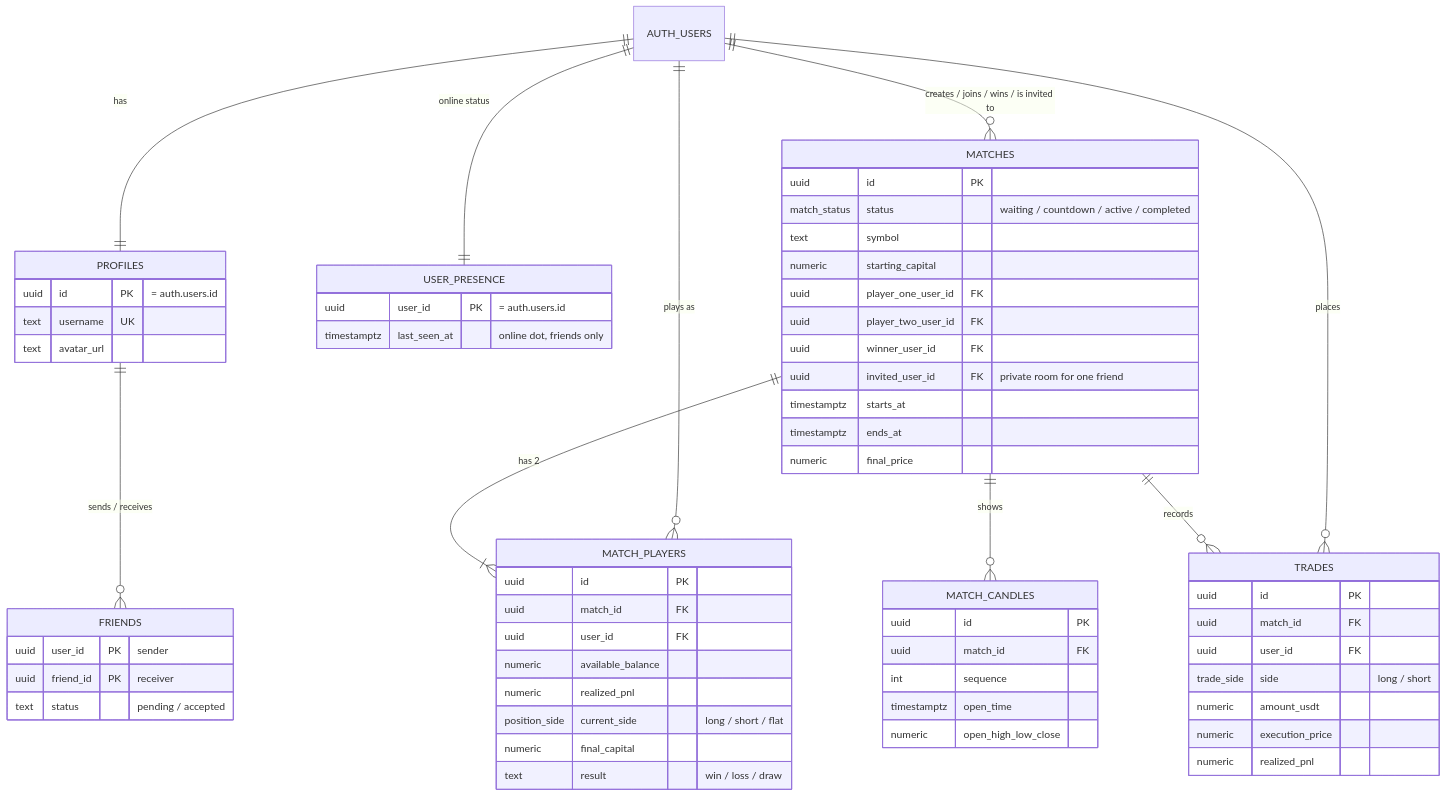
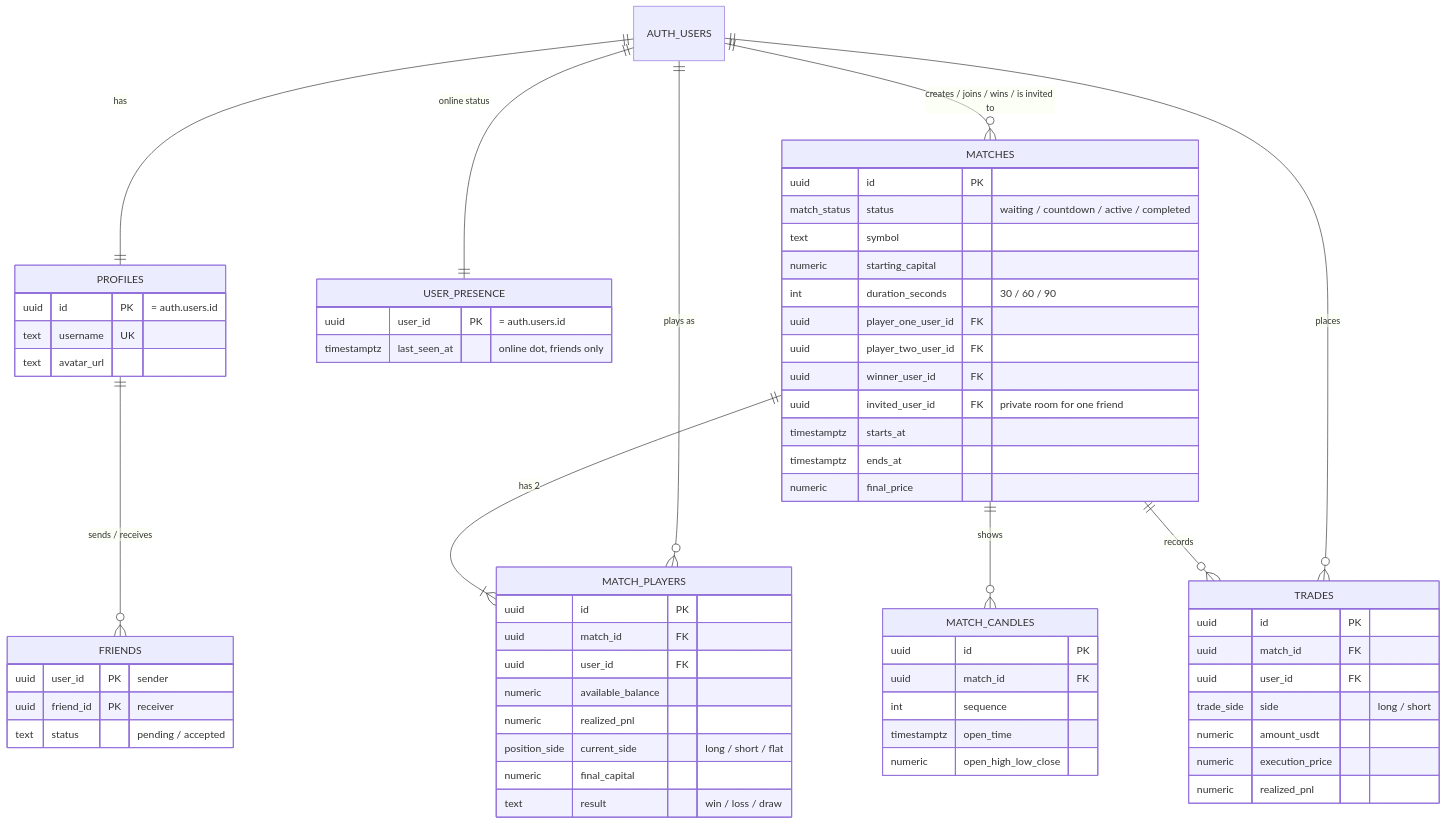
Before and after one commit to brianyeap/transcendence: the diagram in README.md, drawn with Mermaid. The commit also changed other lines of this file and 6 other files, not shown here.

````diff
--- a/README.md
+++ b/README.md
@@ -77,66 +78,67 @@
 ```mermaid
 erDiagram
     AUTH_USERS ||--|| PROFILES : "has"
     AUTH_USERS ||--|| USER_PRESENCE : "online status"
     PROFILES ||--o{ FRIENDS : "sends / receives"
     AUTH_USERS ||--o{ MATCHES : "creates / joins / wins / is invited to"
     MATCHES ||--|{ MATCH_PLAYERS : "has 2"
     MATCHES ||--o{ MATCH_CANDLES : "shows"
     MATCHES ||--o{ TRADES : "records"
     AUTH_USERS ||--o{ MATCH_PLAYERS : "plays as"
     AUTH_USERS ||--o{ TRADES : "places"
 
     PROFILES {
         uuid id PK "= auth.users.id"
         text username UK
         text avatar_url
     }
     USER_PRESENCE {
         uuid user_id PK "= auth.users.id"
         timestamptz last_seen_at "online dot, friends only"
     }
     FRIENDS {
         uuid user_id PK "sender"
         uuid friend_id PK "receiver"
         text status "pending / accepted"
     }
     MATCHES {
         uuid id PK
         match_status status "waiting / countdown / active / completed"
         text symbol
         numeric starting_capital
+        int duration_seconds "30 / 60 / 90"
         uuid player_one_user_id FK
         uuid player_two_user_id FK
         uuid winner_user_id FK
         uuid invited_user_id FK "private room for one friend"
         timestamptz starts_at
         timestamptz ends_at
         numeric final_price
     }
     MATCH_PLAYERS {
         uuid id PK
         uuid match_id FK
         uuid user_id FK
         numeric available_balance
         numeric realized_pnl
         position_side current_side "long / short / flat"
         numeric final_capital
         text result "win / loss / draw"
     }
     MATCH_CANDLES {
         uuid id PK
         uuid match_id FK
         int sequence
         timestamptz open_time
         numeric open_high_low_close
     }
     TRADES {
         uuid id PK
         uuid match_id FK
         uuid user_id FK
         trade_side side "long / short"
         numeric amount_usdt
         numeric execution_price
         numeric realized_pnl
     }
 ```
````
